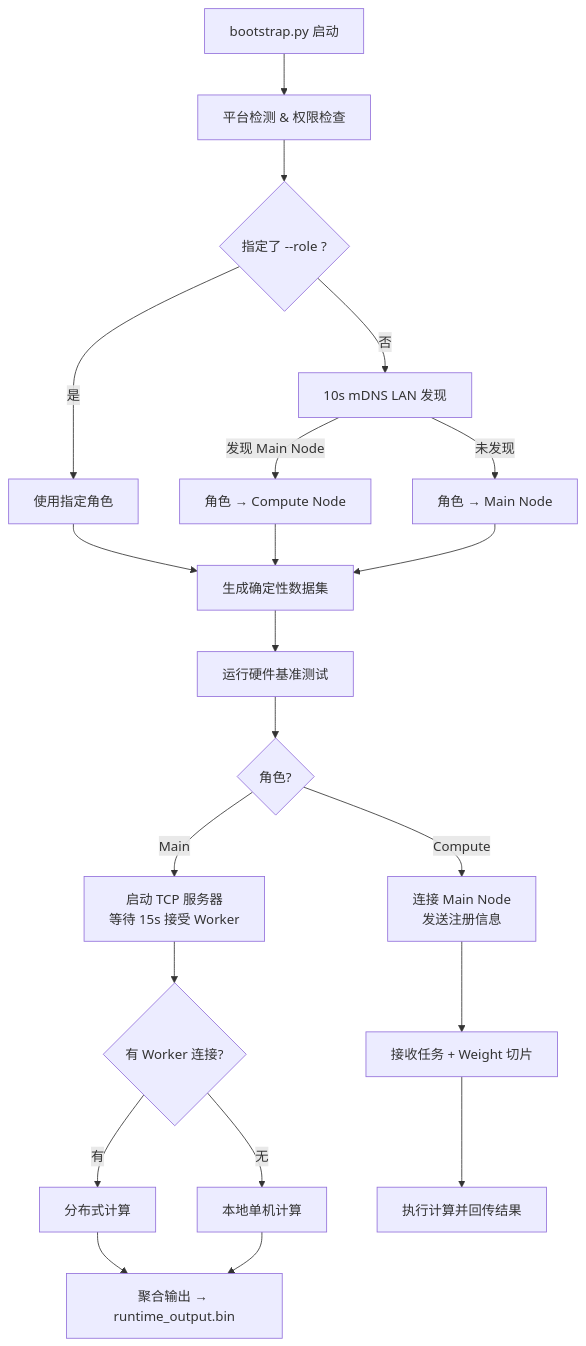
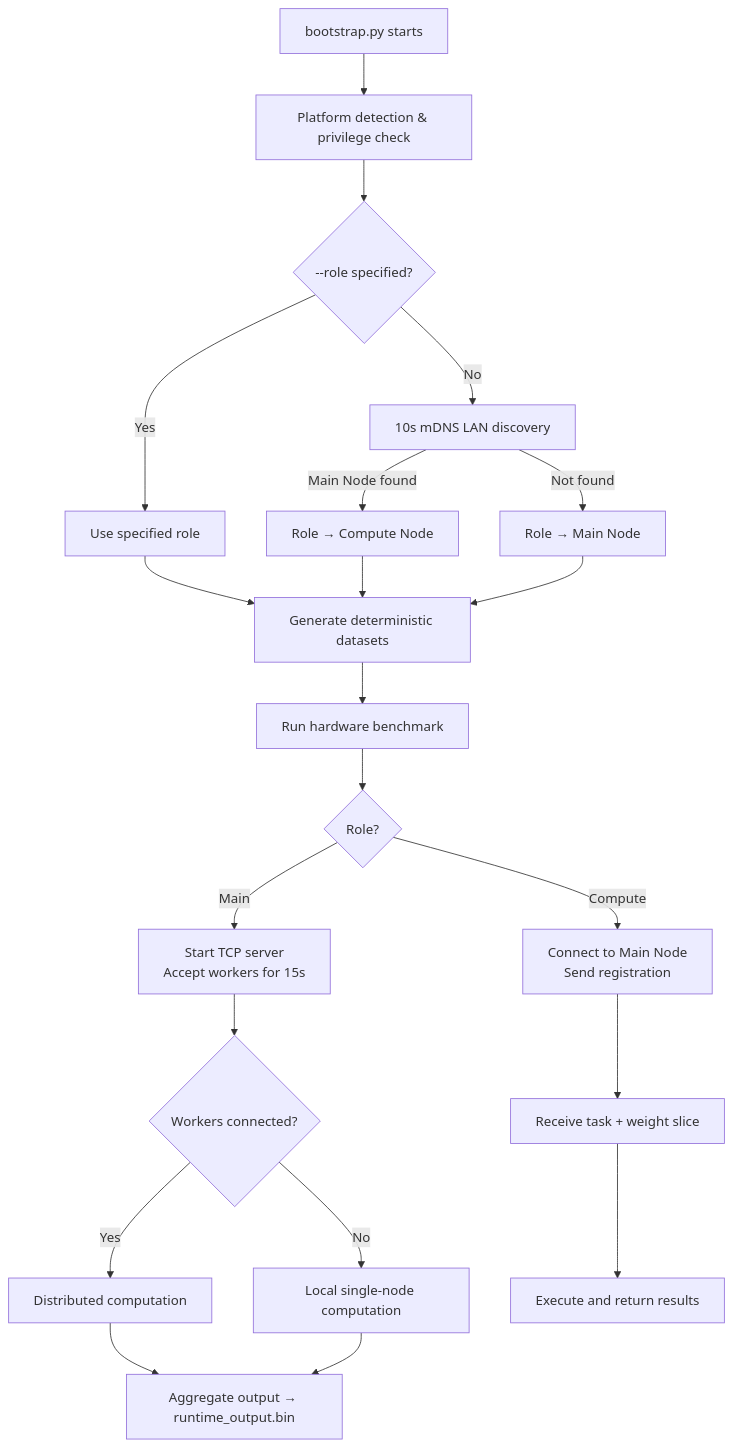
The diagram in README.md (SinianDragon/SuperWeb-LZ), drawn with Mermaid before and after one commit. The commit also changed other lines of this file and 24 other files, not shown here.

````diff
--- a/README.md
+++ b/README.md
@@ -107,23 +114,23 @@
 ```mermaid
 flowchart TD
-    A[bootstrap.py 启动] --> B[平台检测 & 权限检查]
-    B --> C{指定了 --role ?}
-    C -->|是| D[使用指定角色]
-    C -->|否| E[10s mDNS LAN 发现]
-    E -->|发现 Main Node| F[角色 → Compute Node]
-    E -->|未发现| G[角色 → Main Node]
-    D --> H[生成确定性数据集]
+    A[bootstrap.py starts] --> B[Platform detection & privilege check]
+    B --> C{--role specified?}
+    C -->|Yes| D[Use specified role]
+    C -->|No| E[10s mDNS LAN discovery]
+    E -->|Main Node found| F["Role → Compute Node"]
+    E -->|Not found| G["Role → Main Node"]
+    D --> H[Generate deterministic datasets]
     F --> H
     G --> H
-    H --> I[运行硬件基准测试]
-    I --> J{角色?}
-    J -->|Main| K[启动 TCP 服务器<br/>等待 15s 接受 Worker]
-    J -->|Compute| L[连接 Main Node<br/>发送注册信息]
-    K --> M{有 Worker 连接?}
-    M -->|有| N[分布式计算]
-    M -->|无| O[本地单机计算]
-    L --> P[接收任务 + Weight 切片]
-    P --> Q[执行计算并回传结果]
-    N --> R[聚合输出 → runtime_output.bin]
+    H --> I[Run hardware benchmark]
+    I --> J{Role?}
+    J -->|Main| K[Start TCP server<br/>Accept workers for 15s]
+    J -->|Compute| L[Connect to Main Node<br/>Send registration]
+    K --> M{Workers connected?}
+    M -->|Yes| N[Distributed computation]
+    M -->|No| O[Local single-node computation]
+    L --> P[Receive task + weight slice]
+    P --> Q[Execute and return results]
+    N --> R["Aggregate output → runtime_output.bin"]
     O --> R
 ```
````
